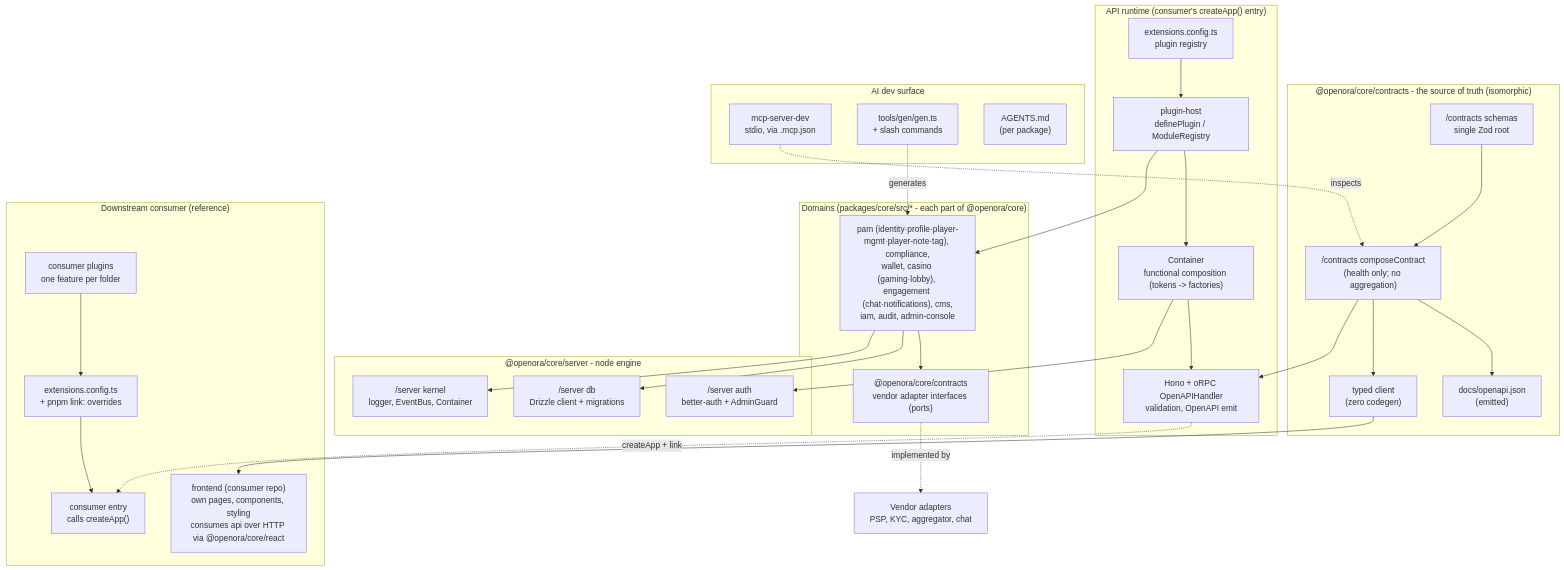
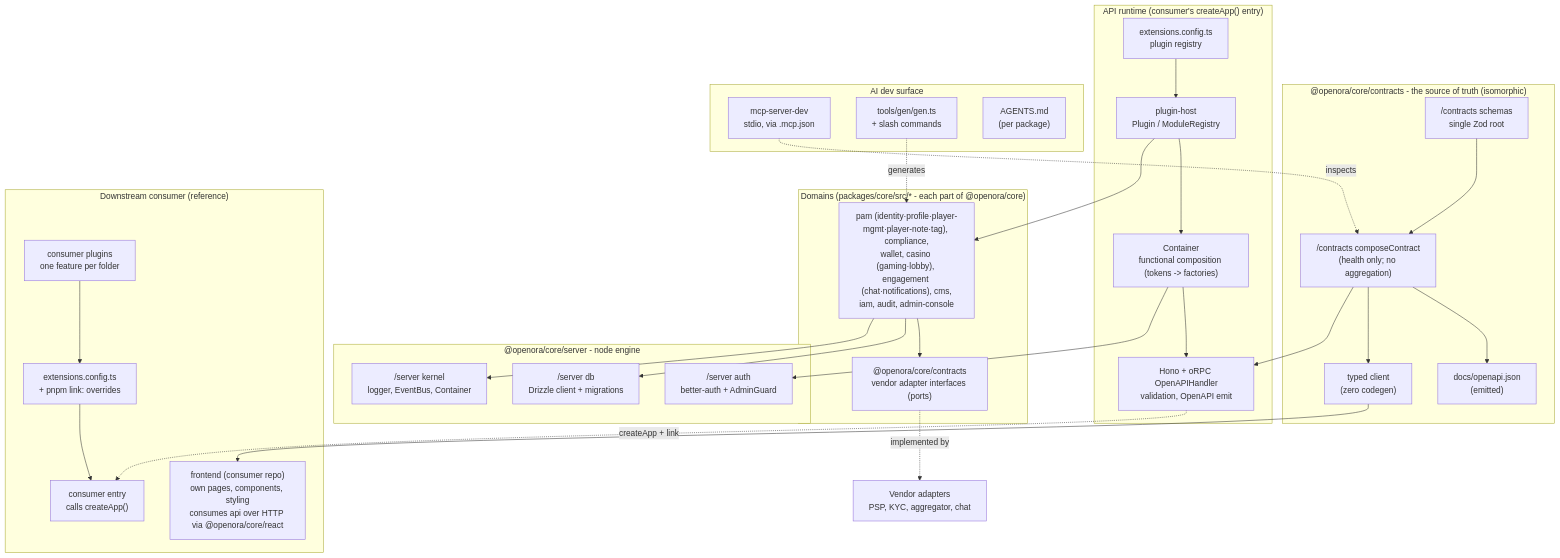
Before and after one commit to blurifycom/openora: the first of 2 diagrams in docs/architecture.md, drawn with Mermaid. The commit also changed other lines of this file and 55 other files, not shown here.

Commit message:
refactor: simplify plugin host

````diff
--- a/docs/architecture.md
+++ b/docs/architecture.md
@@ -20,62 +20,62 @@
 ```mermaid
 flowchart TB
   subgraph contracts["@openora/core/contracts - the source of truth (isomorphic)"]
     zod["/contracts schemas<br/>single Zod root"]
     orpc["/contracts composeContract<br/>(health only; no aggregation)"]
     openapi["docs/openapi.json<br/>(emitted)"]
     client["typed client<br/>(zero codegen)"]
     zod --> orpc
     orpc --> openapi
     orpc --> client
   end
 
   subgraph runtime["API runtime (consumer's createApp() entry)"]
     cfg["extensions.config.ts<br/>plugin registry"]
-    host["plugin-host<br/>definePlugin / ModuleRegistry"]
+    host["plugin-host<br/>Plugin / ModuleRegistry"]
     container["Container<br/>functional composition (tokens -> factories)"]
     hono["Hono + oRPC OpenAPIHandler<br/>validation, OpenAPI emit"]
     cfg --> host
     host --> container
     container --> hono
     orpc --> hono
   end
 
   subgraph platform["@openora/core/server - node engine"]
     db["/server db<br/>Drizzle client + migrations"]
     auth["/server auth<br/>better-auth + AdminGuard"]
     core["/server kernel<br/>logger, EventBus, Container"]
   end
 
   subgraph modules["Domains (packages/core/src/* - each part of @openora/core)"]
     mod["pam (identity·profile·player-mgmt·player-note·tag), compliance,<br/>wallet, casino (gaming·lobby), engagement (chat·notifications), cms,<br/>iam, audit, admin-console"]
     adapters["@openora/core/contracts<br/>vendor adapter interfaces (ports)"]
     mod --> adapters
   end
 
   vendor["Vendor adapters<br/>PSP, KYC, aggregator, chat"]
 
   host --> mod
   container --> auth
   mod --> db
   mod --> core
   adapters -. implemented by .-> vendor
 
   subgraph consumer["Downstream consumer (reference)"]
     bapi["consumer entry<br/>calls createApp()"]
     bfront["frontend (consumer repo)<br/>own pages, components, styling<br/>consumes api over HTTP via @openora/core/react"]
     bplug["consumer plugins<br/>one feature per folder"]
     bcfg["extensions.config.ts<br/>+ pnpm link: overrides"]
     bplug --> bcfg
     bcfg --> bapi
   end
   hono -. createApp + link .-> bapi
   client --> bfront
 
   subgraph ai["AI dev surface"]
     mcp["mcp-server-dev<br/>stdio, via .mcp.json"]
     scaffold["tools/gen/gen.ts<br/>+ slash commands"]
     agentsmd["AGENTS.md<br/>(per package)"]
   end
   mcp -. inspects .-> orpc
   scaffold -. generates .-> mod
 ```
````
